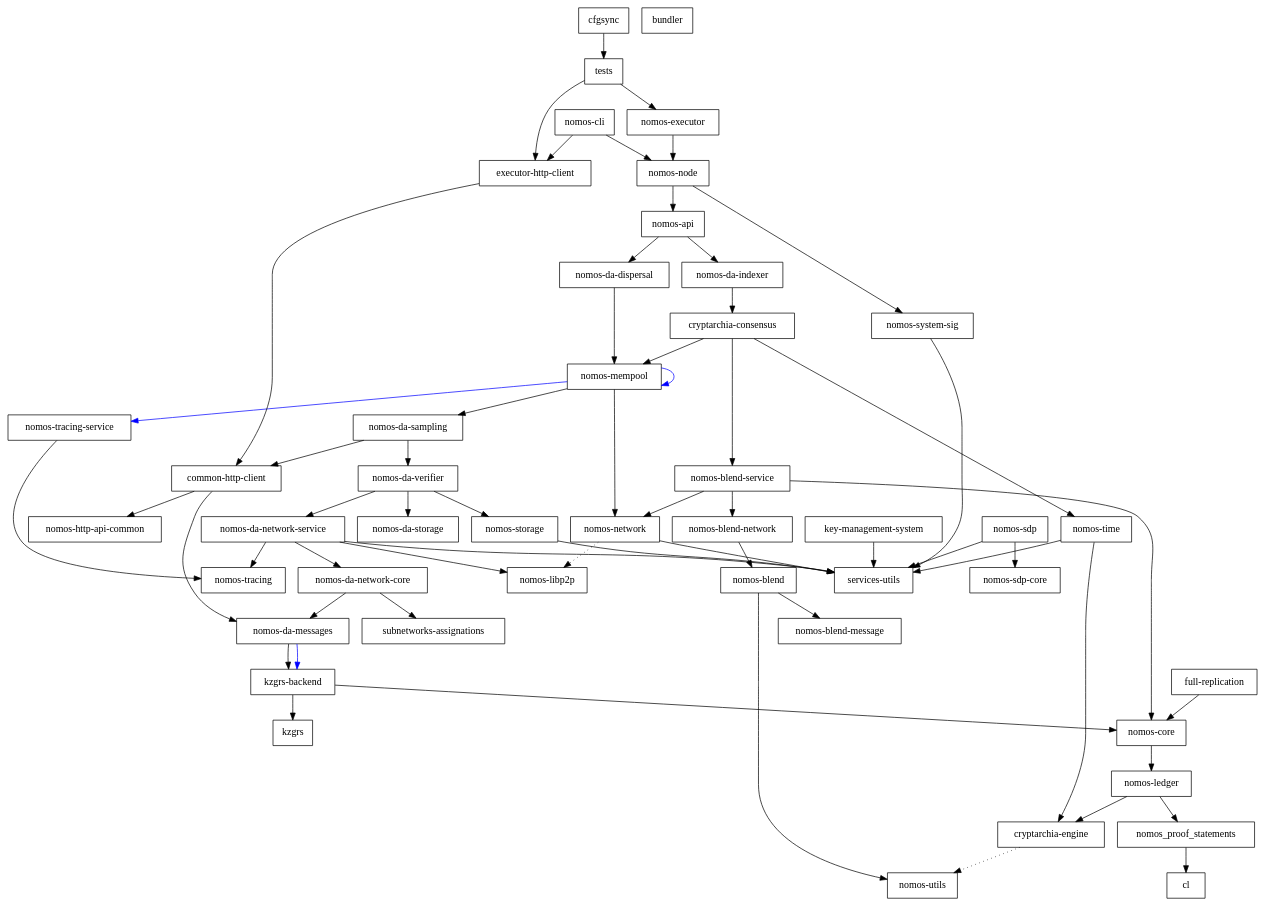
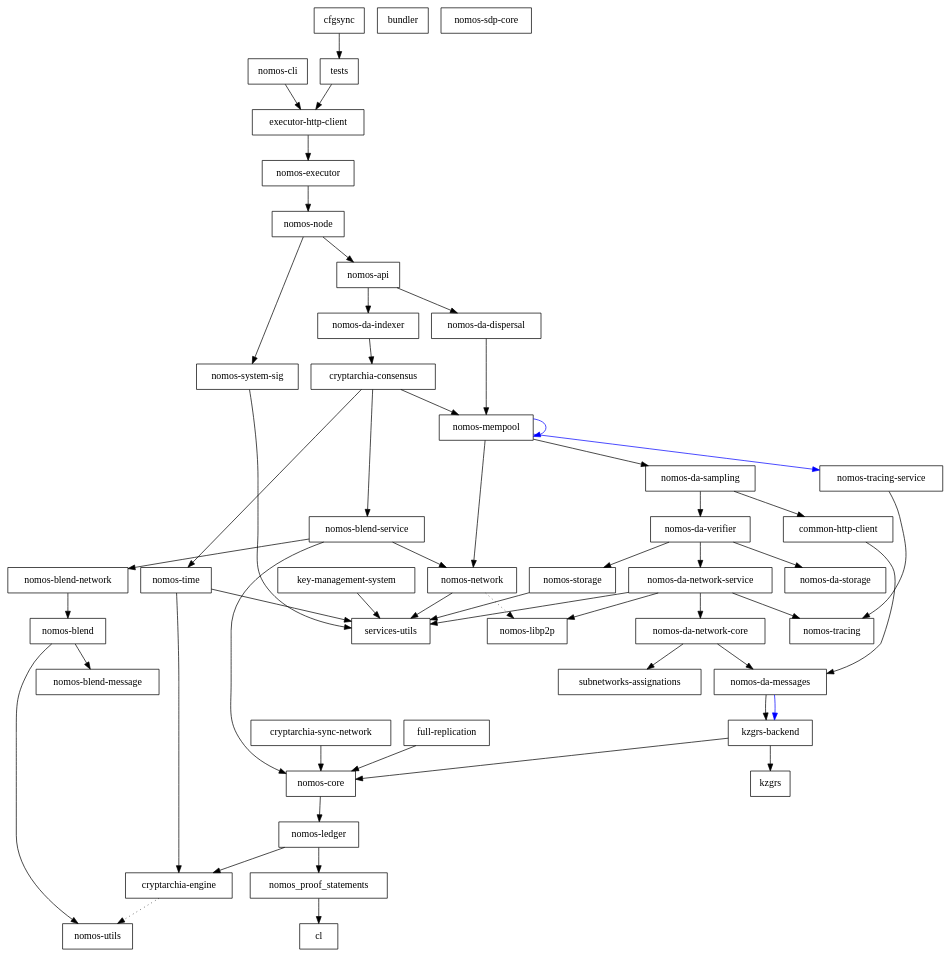
The diagram in dependencies_graph.dot (Astro521/logos-blockchain), drawn with Graphviz before and after one commit. The commit also changed 15 other files, not shown here.

```diff
--- a/dependencies_graph.dot
+++ b/dependencies_graph.dot
@@ -1,106 +1,101 @@
 digraph {
-    0 [ label = "cryptarchia-engine" shape = box]
-    1 [ label = "nomos-utils" shape = box]
-    2 [ label = "nomos-ledger" shape = box]
-    3 [ label = "cl" shape = box]
-    4 [ label = "nomos_proof_statements" shape = box]
-    5 [ label = "nomos-http-api-common" shape = box]
-    6 [ label = "nomos-executor" shape = box]
-    7 [ label = "kzgrs-backend" shape = box]
-    8 [ label = "kzgrs" shape = box]
-    9 [ label = "nomos-core" shape = box]
-    10 [ label = "nomos-api" shape = box]
-    11 [ label = "cryptarchia-consensus" shape = box]
-    12 [ label = "nomos-blend-service" shape = box]
-    13 [ label = "nomos-blend" shape = box]
-    14 [ label = "nomos-blend-message" shape = box]
-    15 [ label = "nomos-blend-network" shape = box]
-    16 [ label = "nomos-libp2p" shape = box]
-    17 [ label = "nomos-network" shape = box]
-    18 [ label = "services-utils" shape = box]
-    19 [ label = "nomos-da-sampling" shape = box]
-    20 [ label = "common-http-client" shape = box]
-    21 [ label = "nomos-da-messages" shape = box]
+    0 [ label = "common-http-client" shape = box]
+    1 [ label = "nomos-core" shape = box]
+    2 [ label = "cl" shape = box]
+    3 [ label = "cryptarchia-engine" shape = box]
+    4 [ label = "nomos-utils" shape = box]
+    5 [ label = "nomos-ledger" shape = box]
+    6 [ label = "nomos_proof_statements" shape = box]
+    7 [ label = "nomos-da-messages" shape = box]
+    8 [ label = "kzgrs-backend" shape = box]
+    9 [ label = "kzgrs" shape = box]
+    10 [ label = "executor-http-client" shape = box]
+    11 [ label = "nomos-executor" shape = box]
+    12 [ label = "nomos-api" shape = box]
+    13 [ label = "cryptarchia-consensus" shape = box]
+    14 [ label = "nomos-blend-service" shape = box]
+    15 [ label = "nomos-blend" shape = box]
+    16 [ label = "nomos-blend-message" shape = box]
+    17 [ label = "nomos-blend-network" shape = box]
+    18 [ label = "nomos-libp2p" shape = box]
+    19 [ label = "nomos-network" shape = box]
+    20 [ label = "services-utils" shape = box]
+    21 [ label = "nomos-da-sampling" shape = box]
     22 [ label = "nomos-da-network-core" shape = box]
     23 [ label = "subnetworks-assignations" shape = box]
     24 [ label = "nomos-da-network-service" shape = box]
     25 [ label = "nomos-tracing" shape = box]
     26 [ label = "nomos-da-storage" shape = box]
     27 [ label = "nomos-da-verifier" shape = box]
     28 [ label = "nomos-storage" shape = box]
     29 [ label = "nomos-mempool" shape = box]
     30 [ label = "nomos-tracing-service" shape = box]
     31 [ label = "nomos-time" shape = box]
     32 [ label = "nomos-da-dispersal" shape = box]
     33 [ label = "nomos-da-indexer" shape = box]
     34 [ label = "nomos-node" shape = box]
     35 [ label = "nomos-system-sig" shape = box]
-    36 [ label = "executor-http-client" shape = box]
+    36 [ label = "cryptarchia-sync-network" shape = box]
     37 [ label = "bundler" shape = box]
     38 [ label = "nomos-cli" shape = box]
     39 [ label = "full-replication" shape = box]
     40 [ label = "nomos-sdp-core" shape = box]
     41 [ label = "key-management-system" shape = box]
-    42 [ label = "nomos-sdp" shape = box]
-    43 [ label = "cfgsync" shape = box]
-    44 [ label = "tests" shape = box]
-    0 -> 1 [ style = dotted]
-    2 -> 0 [ ]
-    2 -> 4 [ ]
-    4 -> 3 [ ]
-    6 -> 34 [ ]
+    42 [ label = "cfgsync" shape = box]
+    43 [ label = "tests" shape = box]
+    0 -> 7 [ ]
+    1 -> 5 [ ]
+    3 -> 4 [ style = dotted]
+    5 -> 3 [ ]
+    5 -> 6 [ ]
+    6 -> 2 [ ]
     7 -> 8 [ ]
-    7 -> 9 [ ]
-    9 -> 2 [ ]
-    10 -> 32 [ ]
-    10 -> 33 [ ]
-    11 -> 12 [ ]
-    11 -> 29 [ ]
-    11 -> 31 [ ]
-    12 -> 15 [ ]
-    12 -> 9 [ ]
-    12 -> 17 [ ]
+    7 -> 8 [ color = blue]
+    8 -> 9 [ ]
+    8 -> 1 [ ]
+    10 -> 11 [ ]
+    11 -> 34 [ ]
+    12 -> 32 [ ]
+    12 -> 33 [ ]
     13 -> 14 [ ]
-    13 -> 1 [ ]
-    15 -> 13 [ ]
-    17 -> 16 [ style = dotted]
-    17 -> 18 [ ]
+    13 -> 29 [ ]
+    13 -> 31 [ ]
+    14 -> 17 [ ]
+    14 -> 1 [ ]
+    14 -> 19 [ ]
+    15 -> 16 [ ]
+    15 -> 4 [ ]
+    17 -> 15 [ ]
+    19 -> 18 [ style = dotted]
     19 -> 20 [ ]
-    19 -> 27 [ ]
-    20 -> 21 [ ]
-    20 -> 5 [ ]
-    21 -> 7 [ ]
-    21 -> 7 [ color = blue]
-    22 -> 21 [ ]
+    21 -> 0 [ ]
+    21 -> 27 [ ]
+    22 -> 7 [ ]
     22 -> 23 [ ]
     24 -> 22 [ ]
-    24 -> 16 [ ]
+    24 -> 18 [ ]
     24 -> 25 [ ]
-    24 -> 18 [ ]
+    24 -> 20 [ ]
     27 -> 24 [ ]
     27 -> 26 [ ]
     27 -> 28 [ ]
-    28 -> 18 [ ]
+    28 -> 20 [ ]
+    29 -> 21 [ ]
+    29 -> 29 [ color = blue]
     29 -> 19 [ ]
-    29 -> 29 [ color = blue]
-    29 -> 17 [ ]
     29 -> 30 [ color = blue]
     30 -> 25 [ ]
-    31 -> 0 [ ]
-    31 -> 18 [ ]
+    31 -> 3 [ ]
+    31 -> 20 [ ]
     32 -> 29 [ ]
-    33 -> 11 [ ]
-    34 -> 10 [ ]
+    33 -> 13 [ ]
+    34 -> 12 [ ]
     34 -> 35 [ ]
-    35 -> 18 [ ]
-    36 -> 20 [ ]
-    38 -> 36 [ ]
-    38 -> 34 [ ]
-    39 -> 9 [ ]
-    41 -> 18 [ ]
-    42 -> 40 [ ]
-    42 -> 18 [ ]
-    43 -> 44 [ ]
-    44 -> 36 [ ]
-    44 -> 6 [ ]
+    35 -> 20 [ ]
+    36 -> 1 [ ]
+    38 -> 10 [ ]
+    39 -> 1 [ ]
+    41 -> 20 [ ]
+    42 -> 43 [ ]
+    43 -> 10 [ ]
 }
```
